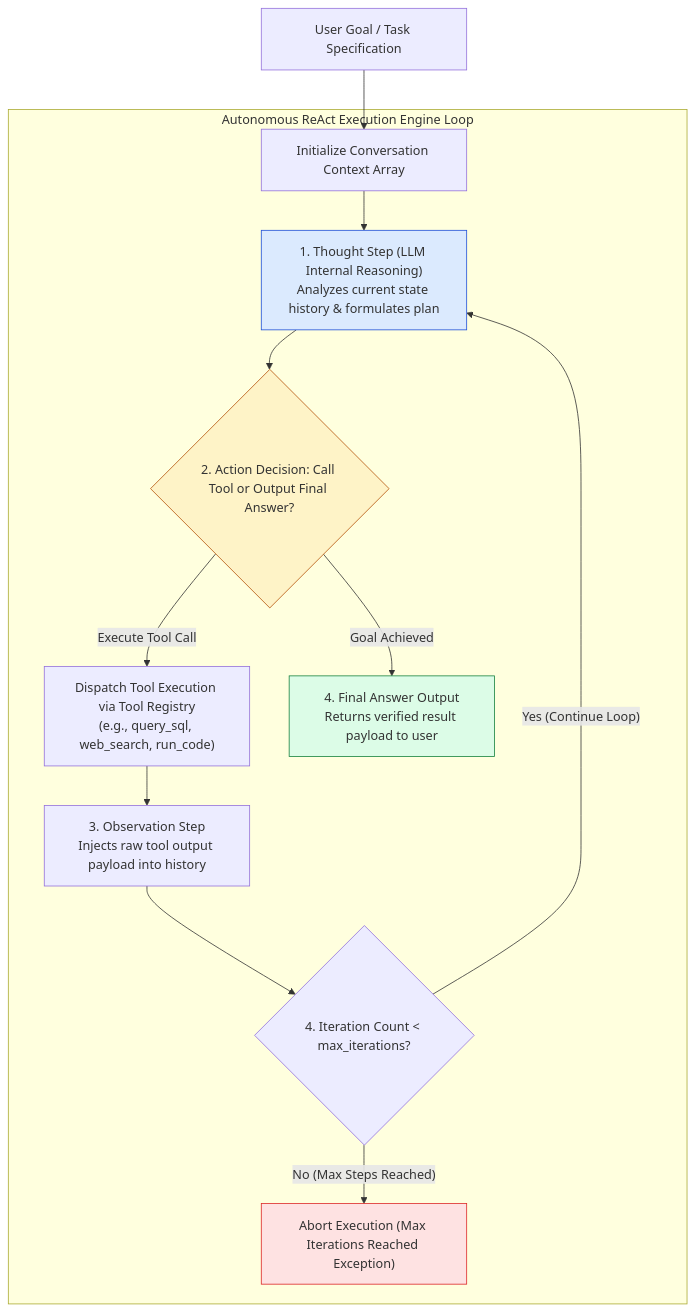
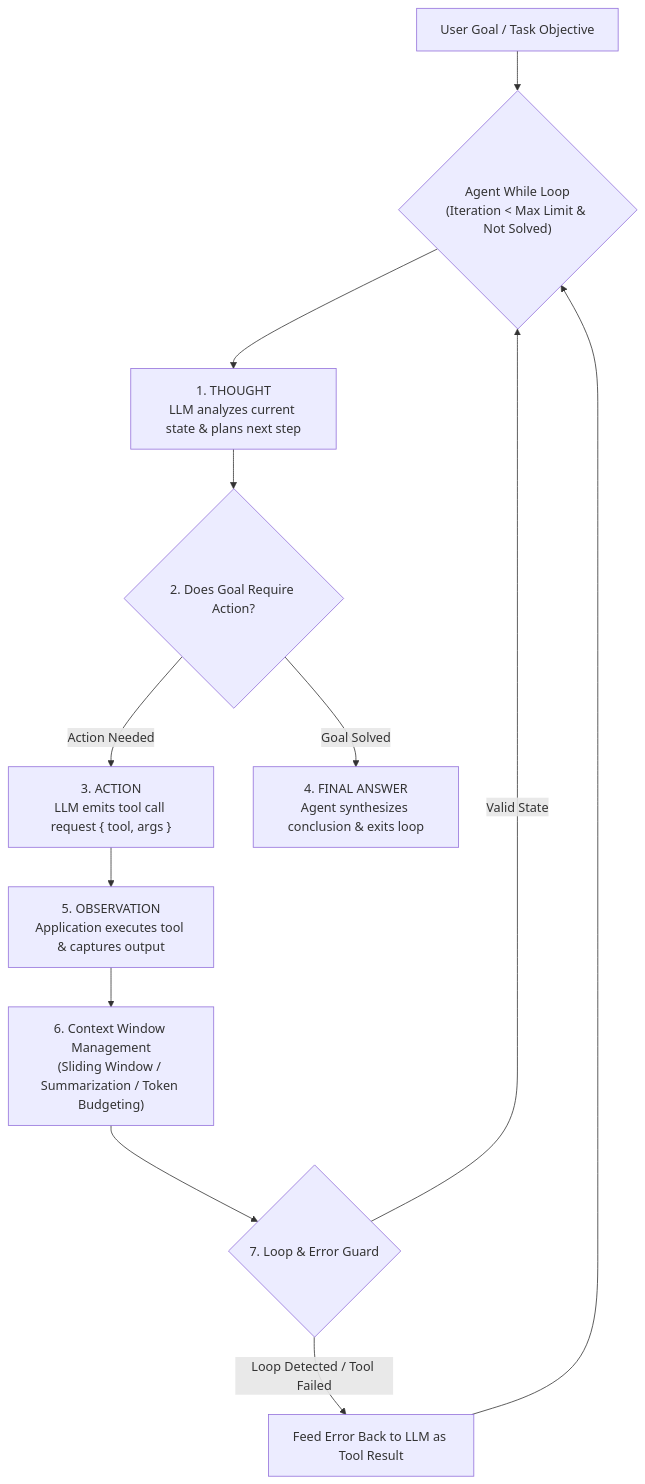
The diagram in agentic-ai-notes/00-foundations/11-react-loop-and-agent-internals.md (Amie-dev/engineering-playbook), drawn with Mermaid before and after one commit. The commit also changed other lines of this file and 27 other files, not shown here.

````diff
--- a/agentic-ai-notes/00-foundations/11-react-loop-and-agent-internals.md
+++ b/agentic-ai-notes/00-foundations/11-react-loop-and-agent-internals.md
@@ -13,25 +7,22 @@
 ```mermaid
 flowchart TD
-    UserGoal[User Goal / Task Specification] --> InitContext["Initialize Conversation Context Array"]
-
-    subgraph Autonomous ReAct Execution Engine Loop
-        InitContext --> ThoughtStep["1. Thought Step (LLM Internal Reasoning)<br/>Analyzes current state history & formulates plan"]
-
-        ThoughtStep --> ActionStep{2. Action Decision: Call Tool or Output Final Answer?}
-
-        ActionStep -- "Execute Tool Call" --> ToolDispatch["Dispatch Tool Execution via Tool Registry<br/>(e.g., query_sql, web_search, run_code)"]
-
-        ToolDispatch --> ObsStep["3. Observation Step<br/>Injects raw tool output payload into history"]
-
-        ObsStep --> LoopGuard{4. Iteration Count < max_iterations?}
-        LoopGuard -- "Yes (Continue Loop)" --> ThoughtStep
-        LoopGuard -- "No (Max Steps Reached)" --> AbortGuard["Abort Execution (Max Iterations Reached Exception)"]
-
-        ActionStep -- "Goal Achieved" --> FinalAns["4. Final Answer Output<br/>Returns verified result payload to user"]
-    end
-
-    style ThoughtStep fill:#dbeafe,stroke:#1d4ed8
-    style ActionStep fill:#fef3c7,stroke:#b45309
-    style FinalAns fill:#dcfce7,stroke:#15803d
-    style AbortGuard fill:#fee2e2,stroke:#dc2626
+    Task[User Goal / Task Objective] --> LoopStart{"Agent While Loop<br/>(Iteration < Max Limit & Not Solved)"}
+    
+    LoopStart --> ThoughtStep["1. THOUGHT<br/>LLM analyzes current state & plans next step"]
+    
+    ThoughtStep --> DecisionNode{"2. Does Goal Require Action?"}
+    
+    DecisionNode -->|Action Needed| ActionStep["3. ACTION<br/>LLM emits tool call request { tool, args }"]
+    DecisionNode -->|Goal Solved| FinalAns["4. FINAL ANSWER<br/>Agent synthesizes conclusion & exits loop"]
+    
+    ActionStep --> ExecTool["5. OBSERVATION<br/>Application executes tool & captures output"]
+    
+    ExecTool --> ContextMgr["6. Context Window Management<br/>(Sliding Window / Summarization / Token Budgeting)"]
+    
+    ContextMgr --> LoopCheck{"7. Loop & Error Guard"}
+    
+    LoopCheck -->|Loop Detected / Tool Failed| ErrFeedback["Feed Error Back to LLM as Tool Result"]
+    LoopCheck -->|Valid State| LoopStart
+    
+    ErrFeedback --> LoopStart
 ```
````
